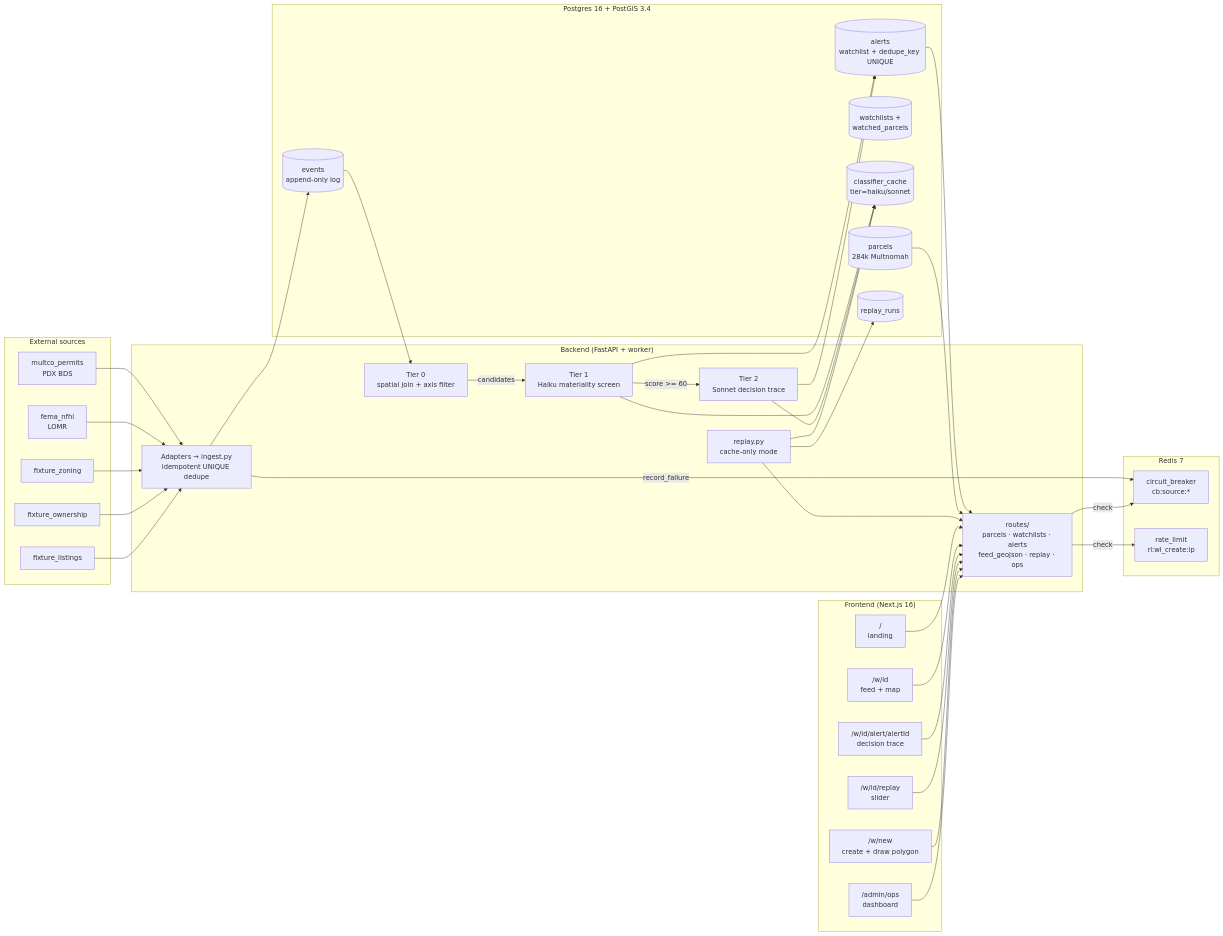
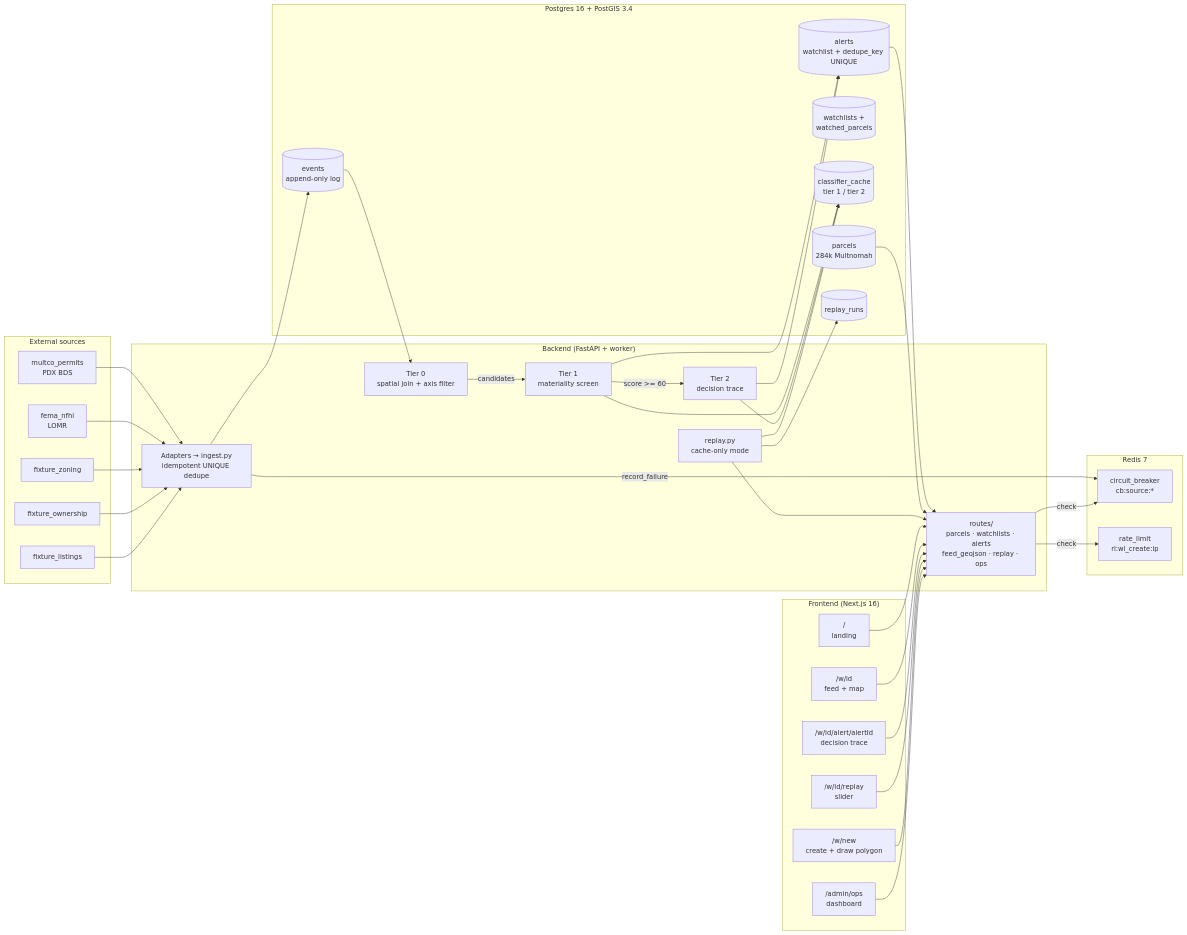
The first of 3 diagrams in README.md (krish1236/Prophetic-ParcelPulse), drawn with Mermaid before and after one commit. The commit also changed other lines of this file and 4 other files, not shown here.

````diff
--- a/README.md
+++ b/README.md
@@ -19,73 +18,73 @@
 ```mermaid
 flowchart LR
     subgraph SRC["External sources"]
         S1["multco_permits<br/>PDX BDS"]
         S2["fema_nfhl<br/>LOMR"]
         S3["fixture_zoning"]
         S4["fixture_ownership"]
         S5["fixture_listings"]
     end
 
     subgraph API["Backend (FastAPI + worker)"]
         IN["Adapters → ingest.py<br/>idempotent UNIQUE dedupe"]
         T0["Tier 0<br/>spatial join + axis filter"]
-        T1["Tier 1<br/>Haiku materiality screen"]
-        T2["Tier 2<br/>Sonnet decision trace"]
+        T1["Tier 1<br/>materiality screen"]
+        T2["Tier 2<br/>decision trace"]
         REPLAY["replay.py<br/>cache-only mode"]
         ROUTES["routes/<br/>parcels · watchlists · alerts<br/>feed_geojson · replay · ops"]
     end
 
     subgraph PG["Postgres 16 + PostGIS 3.4"]
         PARCELS[("parcels<br/>284k Multnomah")]
         WL[("watchlists +<br/>watched_parcels")]
         EV[("events<br/>append-only log")]
-        CACHE[("classifier_cache<br/>tier=haiku/sonnet")]
+        CACHE[("classifier_cache<br/>tier 1 / tier 2")]
         AL[("alerts<br/>watchlist + dedupe_key UNIQUE")]
         RR[("replay_runs")]
     end
 
     subgraph RD["Redis 7"]
         CB["circuit_breaker<br/>cb:source:*"]
         RL["rate_limit<br/>rl:wl_create:ip"]
     end
 
     subgraph WEB["Frontend (Next.js 16)"]
         LAND["/<br/>landing"]
         WLPG["/w/id<br/>feed + map"]
         DETAIL["/w/id/alert/alertId<br/>decision trace"]
         REPL["/w/id/replay<br/>slider"]
         NEW["/w/new<br/>create + draw polygon"]
         OPS["/admin/ops<br/>dashboard"]
     end
 
     S1 --> IN
     S2 --> IN
     S3 --> IN
     S4 --> IN
     S5 --> IN
 
     IN --> EV
     EV --> T0
     T0 -->|candidates| T1
     T1 --> CACHE
     T1 -->|score >= 60| T2
     T2 --> CACHE
     T1 --> AL
     T2 --> AL
     REPLAY --> CACHE
     REPLAY --> RR
 
     IN -- record_failure --> CB
     ROUTES -- check --> CB
     ROUTES -- check --> RL
     AL --> ROUTES
     PARCELS --> ROUTES
     REPLAY --> ROUTES
 
     LAND --> ROUTES
     WLPG --> ROUTES
     DETAIL --> ROUTES
     REPL --> ROUTES
     NEW --> ROUTES
     OPS --> ROUTES
 ```
````
